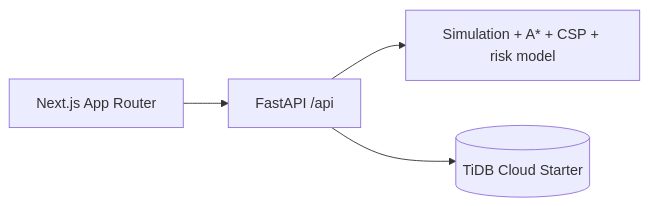
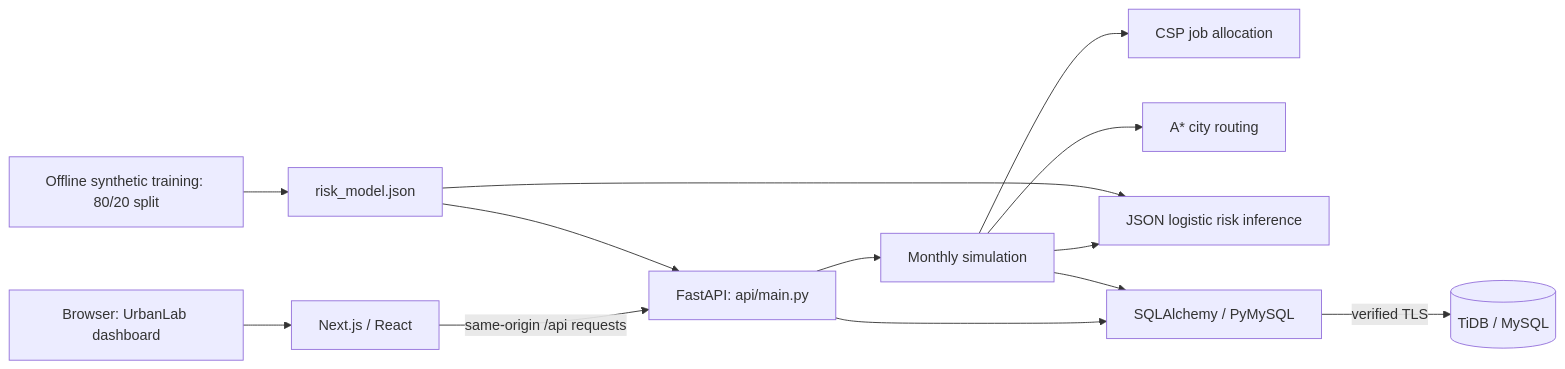
Before and after one commit to Emon0036/bup_priliminary: the diagram in README.md, drawn with Mermaid. The commit also changed other lines of this file and 8 other files, not shown here.

````diff
--- a/README.md
+++ b/README.md
@@ -16,6 +30,15 @@
 ```mermaid
 flowchart LR
-  UI[Next.js App Router] --> API[FastAPI /api]
-  API --> SIM[Simulation + A* + CSP + risk model]
-  API --> DB[(TiDB Cloud Starter)]
+    Browser[Browser: UrbanLab dashboard] --> Next[Next.js / React]
+    Next -->|same-origin /api requests| API[FastAPI: api/main.py]
+    API --> Engine[Monthly simulation]
+    Engine --> CSP[CSP job allocation]
+    Engine --> AStar[A* city routing]
+    Engine --> Risk[JSON logistic risk inference]
+    API --> ORM[SQLAlchemy / PyMySQL]
+    Engine --> ORM
+    ORM -->|verified TLS| DB[(TiDB / MySQL)]
+    Training[Offline synthetic training: 80/20 split] --> Artifact[risk_model.json]
+    Artifact --> Risk
+    Artifact --> API
 ```
````
